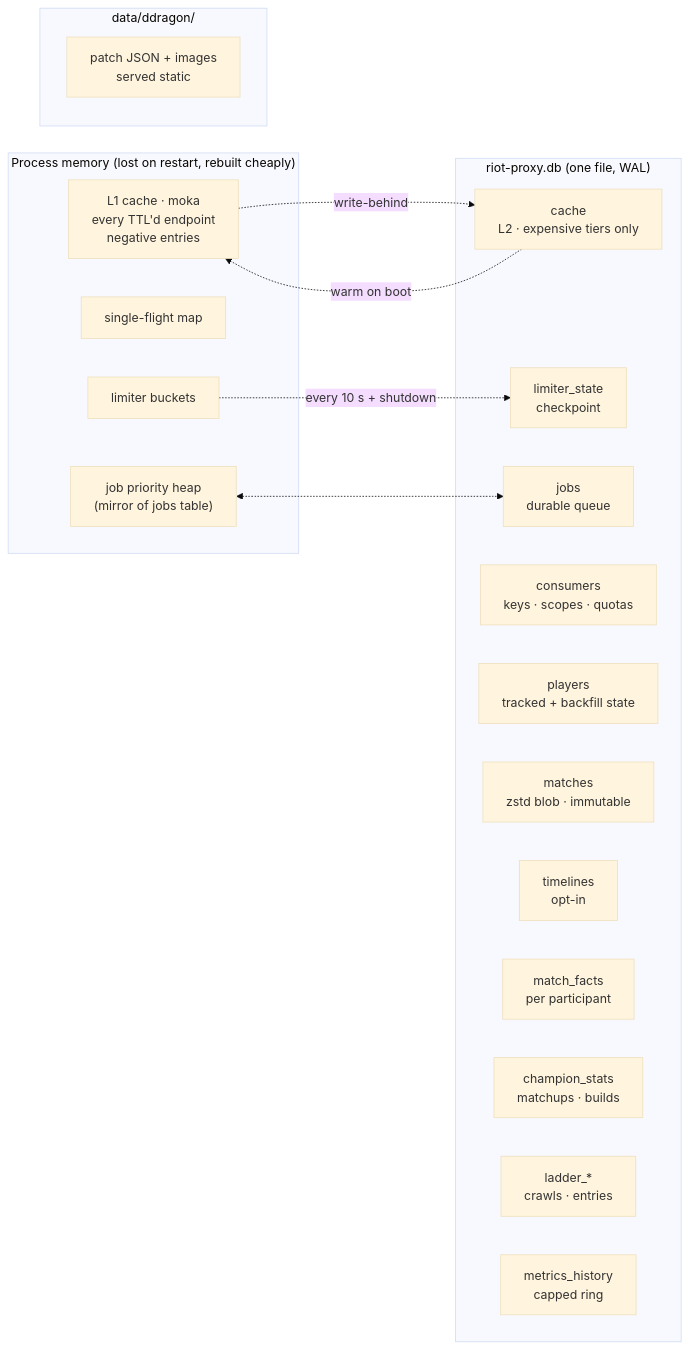
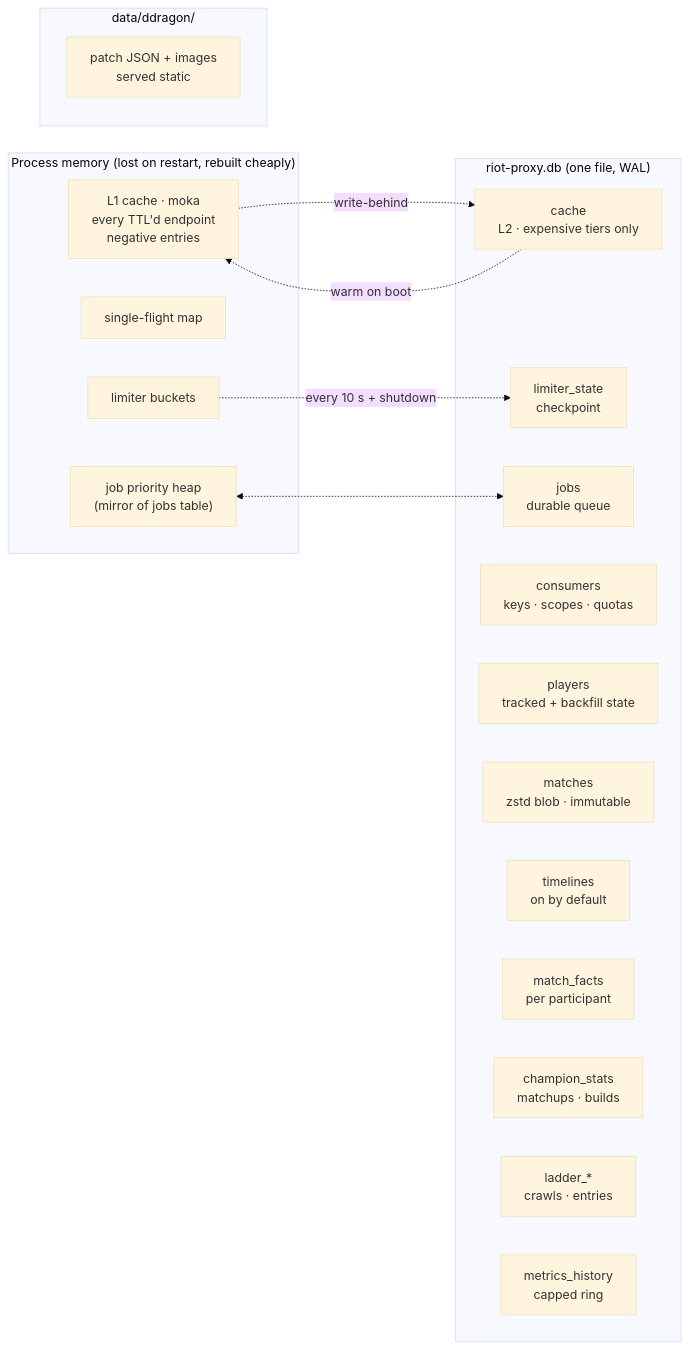
The diagram in docs/design/04-data-and-cache.md (NinjaGoldfinch/riot-proxy), drawn with Mermaid (base theme) before and after one commit. The commit also changed 10 other files, not shown here.

First line of the commit message:
DEV-23 — fetch match timelines by default (#118)

````diff
--- a/docs/design/04-data-and-cache.md
+++ b/docs/design/04-data-and-cache.md
@@ -5,32 +5,32 @@
 ```mermaid
 flowchart LR
     subgraph mem["Process memory (lost on restart, rebuilt cheaply)"]
         l1["L1 cache · moka<br/>every TTL'd endpoint<br/>negative entries"]
         sfm["single-flight map"]
         heap["job priority heap<br/>(mirror of jobs table)"]
         buckets["limiter buckets"]
     end
 
     subgraph sqlite["riot-proxy.db (one file, WAL)"]
         cache_t["cache<br/>L2 · expensive tiers only"]
         limiter_t["limiter_state<br/>checkpoint"]
         jobs_t["jobs<br/>durable queue"]
         consumers["consumers<br/>keys · scopes · quotas"]
         players["players<br/>tracked + backfill state"]
         matches["matches<br/>zstd blob · immutable"]
-        timelines["timelines<br/>opt-in"]
+        timelines["timelines<br/>on by default"]
         facts["match_facts<br/>per participant"]
         analytics["champion_stats<br/>matchups · builds"]
         ladder["ladder_* <br/>crawls · entries"]
         history["metrics_history<br/>capped ring"]
     end
 
     subgraph disk["data/ddragon/"]
         dd["patch JSON + images<br/>served static"]
     end
 
     l1 -.->|write-behind| cache_t
     cache_t -.->|warm on boot| l1
     buckets -.->|every 10 s + shutdown| limiter_t
     heap <-.-> jobs_t
 ```
````
